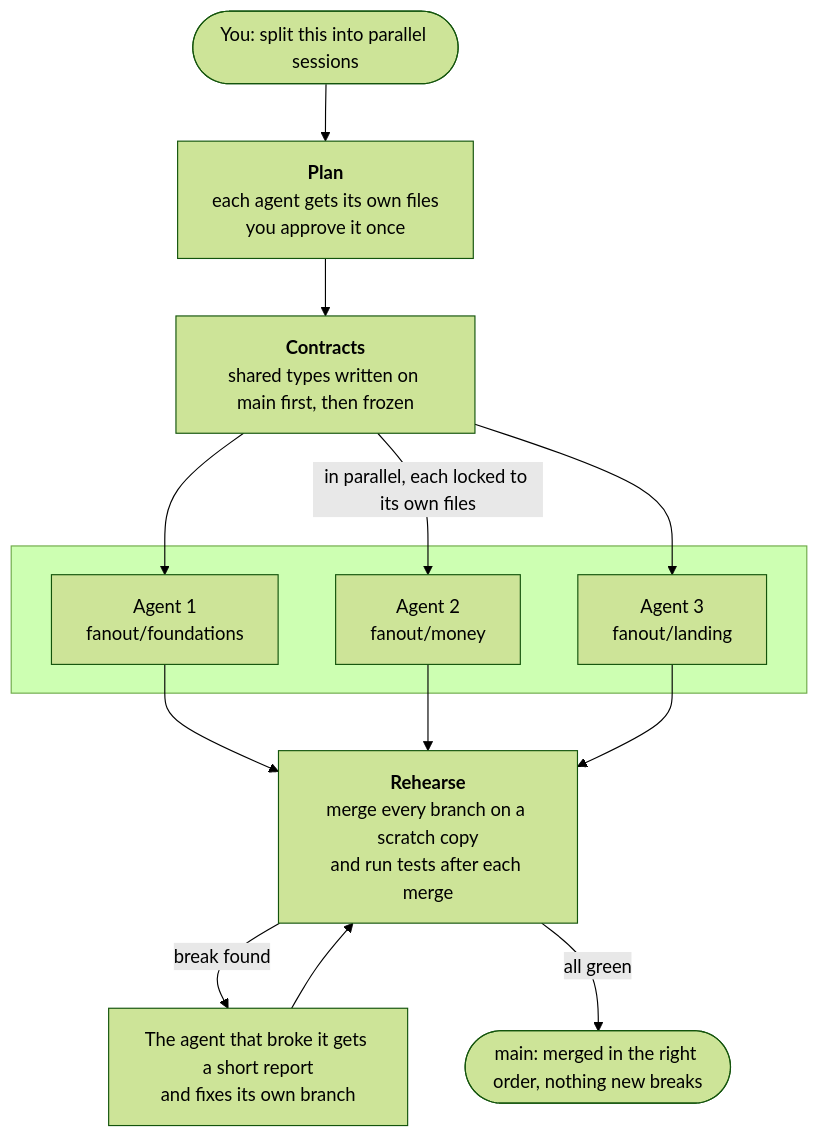
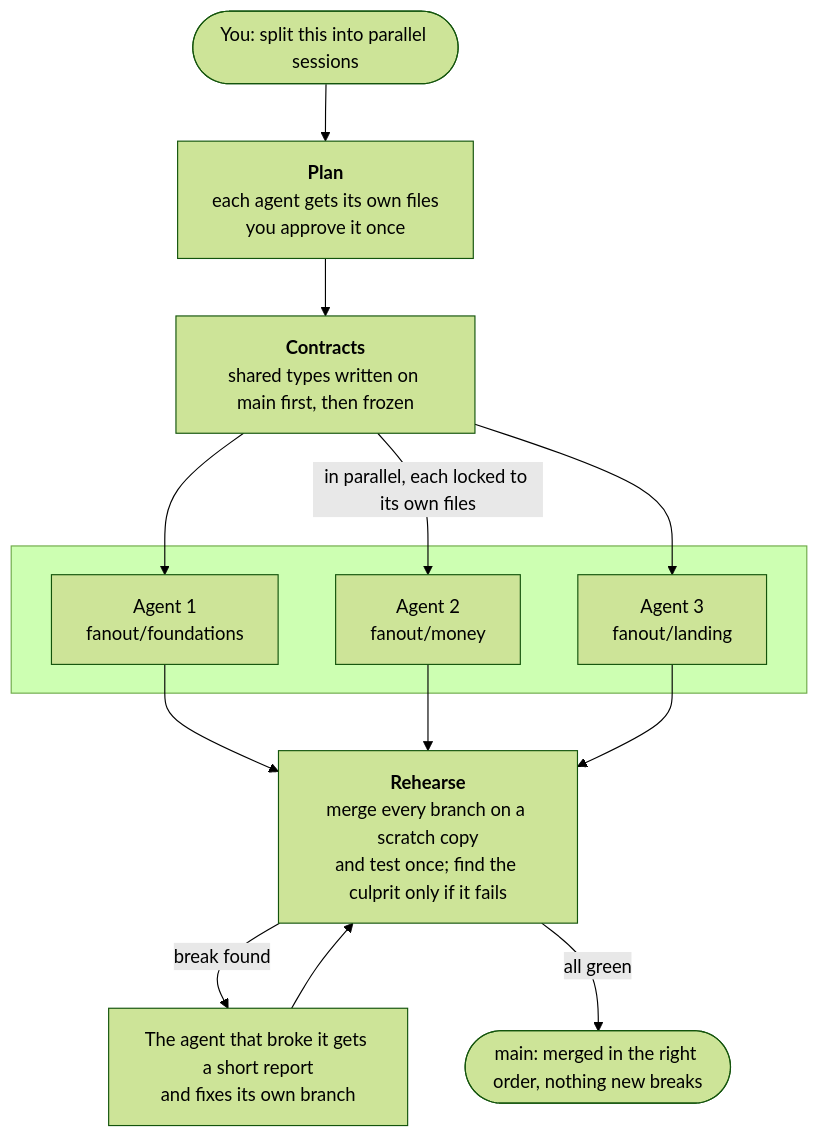
Before and after one commit to Breadstick-Crumbs/fanout: the diagram in README.md, drawn with Mermaid (forest theme). The commit also changed other lines of this file and 7 other files, not shown here.

````diff
--- a/README.md
+++ b/README.md
@@ -25,21 +25,21 @@
 ```mermaid
 flowchart TD
     you(["You: split this into parallel sessions"])
     plan["<b>Plan</b><br/>each agent gets its own files<br/>you approve it once"]
     contracts["<b>Contracts</b><br/>shared types written on main first, then frozen"]
     subgraph lanes[" "]
         a1["Agent 1<br/>fanout/foundations"]
         a2["Agent 2<br/>fanout/money"]
         a3["Agent 3<br/>fanout/landing"]
     end
-    rehearse["<b>Rehearse</b><br/>merge every branch on a scratch copy<br/>and run tests after each merge"]
+    rehearse["<b>Rehearse</b><br/>merge every branch on a scratch copy<br/>and test once; find the culprit only if it fails"]
     fix["The agent that broke it gets a short report<br/>and fixes its own branch"]
     merged(["main: merged in the right order, nothing new breaks"])
 
     you --> plan --> contracts
     contracts --> a1 & a3
     contracts -- "in parallel, each locked to its own files" --> a2
     a1 & a2 & a3 --> rehearse
     rehearse -- "break found" --> fix --> rehearse
     rehearse -- "all green" --> merged
 ```
````
